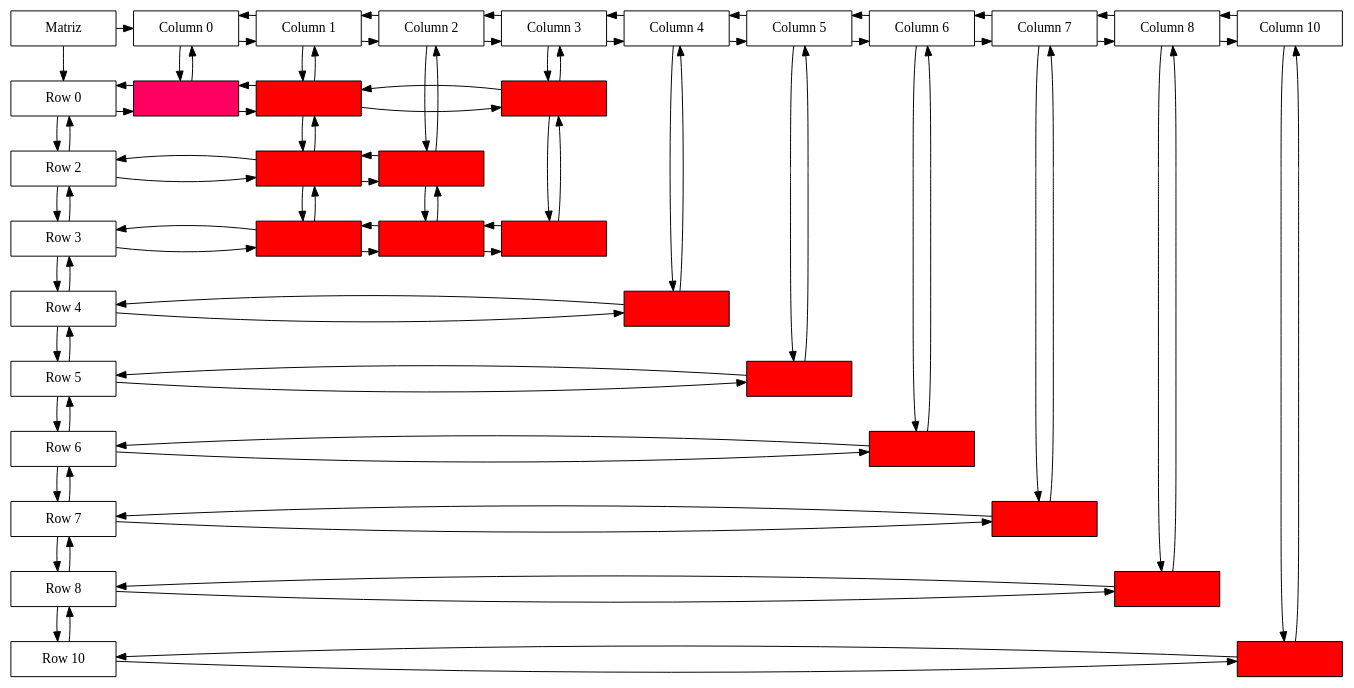
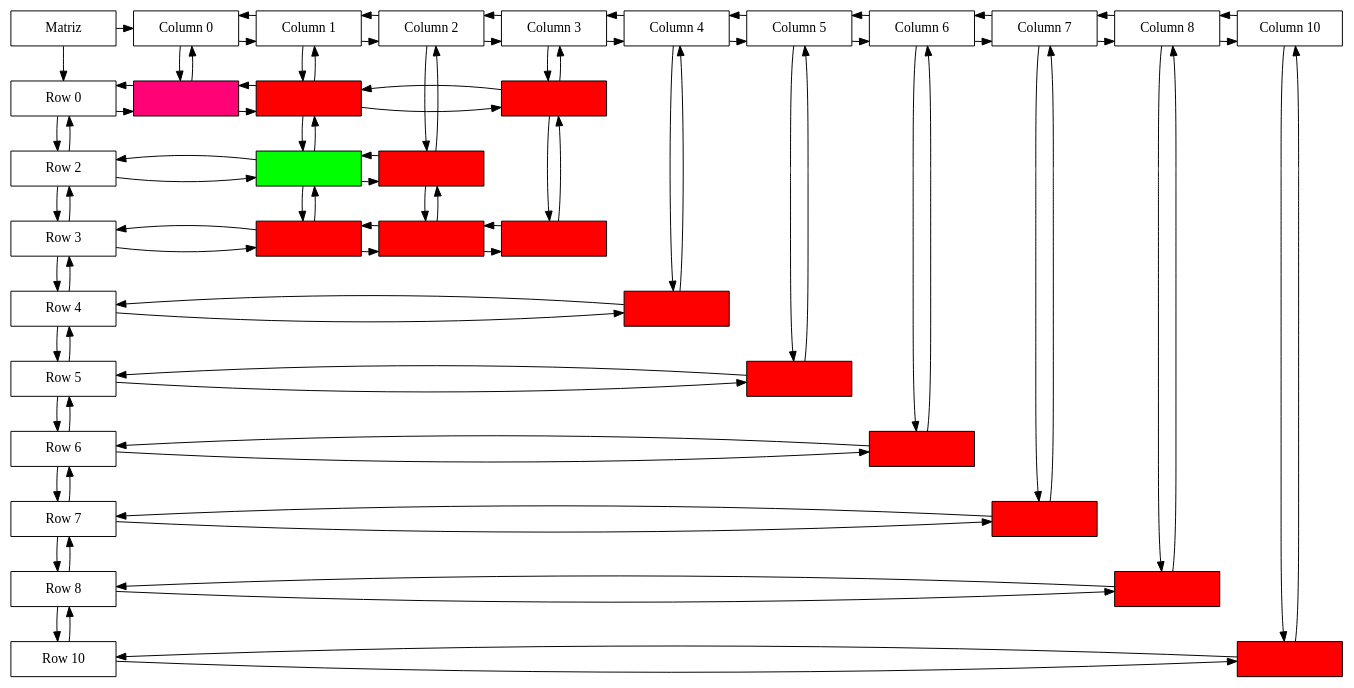
One commit to diegomazariegos2002/EDD_UDRAWING_FASE_202003975 changed the diagram in Fase 2/fase2_EDD/MatrizPrueba.dot. Above: the diagram before and after it, drawn with Graphviz. The commit also changed 5 other files, not shown here.

```diff
--- a/Fase 2/fase2_EDD/MatrizPrueba.dot
+++ b/Fase 2/fase2_EDD/MatrizPrueba.dot
@@ -1,174 +1,174 @@
 /* DIEGO ANDRÉ MAZARIEGOS BARRIENTOS */
 digraph Sparce_Matrix { 
 node [shape=box] 
 
 /* La matriz se envía al grupo 1 */
 Mt[ label = "Matriz", width = 1.5, group = 1 ];
 
 //............ ............ ............ ............ COLUMNAS 
 /* se incrementan los grupos porque son columnas */ 
 C0 [label = "Column 0"    pos = "5.3,3.5!" width = 1.5 group = 1 ];
 C1 [label = "Column 1"    pos = "5.3,3.5!" width = 1.5 group = 2 ];
 C2 [label = "Column 2"    pos = "5.3,3.5!" width = 1.5 group = 3 ];
 C3 [label = "Column 3"    pos = "5.3,3.5!" width = 1.5 group = 4 ];
 C4 [label = "Column 4"    pos = "5.3,3.5!" width = 1.5 group = 5 ];
 C5 [label = "Column 5"    pos = "5.3,3.5!" width = 1.5 group = 6 ];
 C6 [label = "Column 6"    pos = "5.3,3.5!" width = 1.5 group = 7 ];
 C7 [label = "Column 7"    pos = "5.3,3.5!" width = 1.5 group = 8 ];
 C8 [label = "Column 8"    pos = "5.3,3.5!" width = 1.5 group = 9 ];
 C10 [label = "Column 10"    pos = "5.3,3.5!" width = 1.5 group = 11 ];
 
 //............ Enlaces de las columnas
 Mt -> C0; /*Enlace primer nodo Columna con el objeto Matriz*/
 C0 -> C1;
 C1 -> C0;
 C1 -> C2;
 C2 -> C1;
 C2 -> C3;
 C3 -> C2;
 C3 -> C4;
 C4 -> C3;
 C4 -> C5;
 C5 -> C4;
 C5 -> C6;
 C6 -> C5;
 C6 -> C7;
 C7 -> C6;
 C7 -> C8;
 C8 -> C7;
 C8 -> C10;
 C10 -> C8;
 // Posicionando en el mismo nivel 
 { rank = same; Mt; C0; C1; C2; C3; C4; C5; C6; C7; C8; C10; }
 
 //............ ............ ............ ............ FILAS 
 /*  Se mantienen en el mismo grupo porque son filas */ 
 F0 [label = "Row 0"    pos = "5.3,3.5!" width = 1.5 group = 0 ];
 F2 [label = "Row 2"    pos = "5.3,3.5!" width = 1.5 group = 0 ];
 F3 [label = "Row 3"    pos = "5.3,3.5!" width = 1.5 group = 0 ];
 F4 [label = "Row 4"    pos = "5.3,3.5!" width = 1.5 group = 0 ];
 F5 [label = "Row 5"    pos = "5.3,3.5!" width = 1.5 group = 0 ];
 F6 [label = "Row 6"    pos = "5.3,3.5!" width = 1.5 group = 0 ];
 F7 [label = "Row 7"    pos = "5.3,3.5!" width = 1.5 group = 0 ];
 F8 [label = "Row 8"    pos = "5.3,3.5!" width = 1.5 group = 0 ];
 F10 [label = "Row 10"    pos = "5.3,3.5!" width = 1.5 group = 0 ];
 
 //............ enlaces de las filas 
 Mt -> F0; /*Enlace primer nodo Columna con el objeto Matriz*/
 F0 -> F2;
 F2 -> F0;
 F2 -> F3;
 F3 -> F2;
 F3 -> F4;
 F4 -> F3;
 F4 -> F5;
 F5 -> F4;
 F5 -> F6;
 F6 -> F5;
 F6 -> F7;
 F7 -> F6;
 F7 -> F8;
 F8 -> F7;
 F8 -> F10;
 F10 -> F8;
 
 //............ ............DECLARACIÓN NODOS POSICIÓN............................
-N00 [label = "", style = filled, fillcolor = "#FF0060", width = 1.5, group = 1 ]; 
+N00 [label = "", style = filled, fillcolor = "#FF0376", width = 1.5, group = 1 ]; 
 N01 [label = "", style = filled, fillcolor = "#FF0000", width = 1.5, group = 2 ]; 
 N03 [label = "", style = filled, fillcolor = "#FF0000", width = 1.5, group = 4 ]; 
-N21 [label = "", style = filled, fillcolor = "#FF0000", width = 1.5, group = 2 ]; 
+N21 [label = "", style = filled, fillcolor = "#00FF00", width = 1.5, group = 2 ]; 
 N22 [label = "", style = filled, fillcolor = "#FF0000", width = 1.5, group = 3 ]; 
 N31 [label = "", style = filled, fillcolor = "#FF0000", width = 1.5, group = 2 ]; 
 N32 [label = "", style = filled, fillcolor = "#FF0000", width = 1.5, group = 3 ]; 
 N33 [label = "", style = filled, fillcolor = "#FF0000", width = 1.5, group = 4 ]; 
 N44 [label = "", style = filled, fillcolor = "#FF0000", width = 1.5, group = 5 ]; 
 N55 [label = "", style = filled, fillcolor = "#FF0000", width = 1.5, group = 6 ]; 
 N66 [label = "", style = filled, fillcolor = "#FF0000", width = 1.5, group = 7 ]; 
 N77 [label = "", style = filled, fillcolor = "#FF0000", width = 1.5, group = 8 ]; 
 N88 [label = "", style = filled, fillcolor = "#FF0000", width = 1.5, group = 9 ]; 
 N1010 [label = "", style = filled, fillcolor = "#FF0000", width = 1.5, group = 11 ]; 
 
 //............ ............ Enlaces de los nodos
 
 //Conexiones FILAS y ACCESO NODO 
 F0 -> N00;
 N00 -> F0;
 F2 -> N21;
 N21 -> F2;
 F3 -> N31;
 N31 -> F3;
 F4 -> N44;
 N44 -> F4;
 F5 -> N55;
 N55 -> F5;
 F6 -> N66;
 N66 -> F6;
 F7 -> N77;
 N77 -> F7;
 F8 -> N88;
 N88 -> F8;
 F10 -> N1010;
 N1010 -> F10;
 { rank = same; F0;N00; }
 { rank = same; N00;N01; }
 { rank = same; N01;N03; }
 { rank = same; N01;N00; }
 { rank = same; N03;N01; }
 { rank = same; F2;N21; }
 { rank = same; N21;N22; }
 { rank = same; N22;N21; }
 { rank = same; F3;N31; }
 { rank = same; N31;N32; }
 { rank = same; N32;N33; }
 { rank = same; N32;N31; }
 { rank = same; N33;N32; }
 { rank = same; F4;N44; }
 { rank = same; F5;N55; }
 { rank = same; F6;N66; }
 { rank = same; F7;N77; }
 { rank = same; F8;N88; }
 { rank = same; F10;N1010; }
 
 //Conexiones COLUMNAS y ACCESO NODO 
 C0 -> N00;
 N00 -> C0;
 C1 -> N01;
 N01 -> C1;
 C3 -> N03;
 N03 -> C3;
 C2 -> N22;
 N22 -> C2;
 C4 -> N44;
 N44 -> C4;
 C5 -> N55;
 N55 -> C5;
 C6 -> N66;
 N66 -> C6;
 C7 -> N77;
 N77 -> C7;
 C8 -> N88;
 N88 -> C8;
 C10 -> N1010;
 N1010 -> C10;
 
 //Conexiones NODOS POSICION 
 N00 -> N01;
 N01 -> N21;
 N01 -> N03;
 N01 -> N00;
 N03 -> N33;
 N03 -> N01;
 N21 -> N01;
 N21 -> N31;
 N21 -> N22;
 N22 -> N32;
 N22 -> N21;
 N31 -> N21;
 N31 -> N32;
 N32 -> N22;
 N32 -> N33;
 N32 -> N31;
 N33 -> N03;
 N33 -> N32;
     { rank = same;}
 }
```
